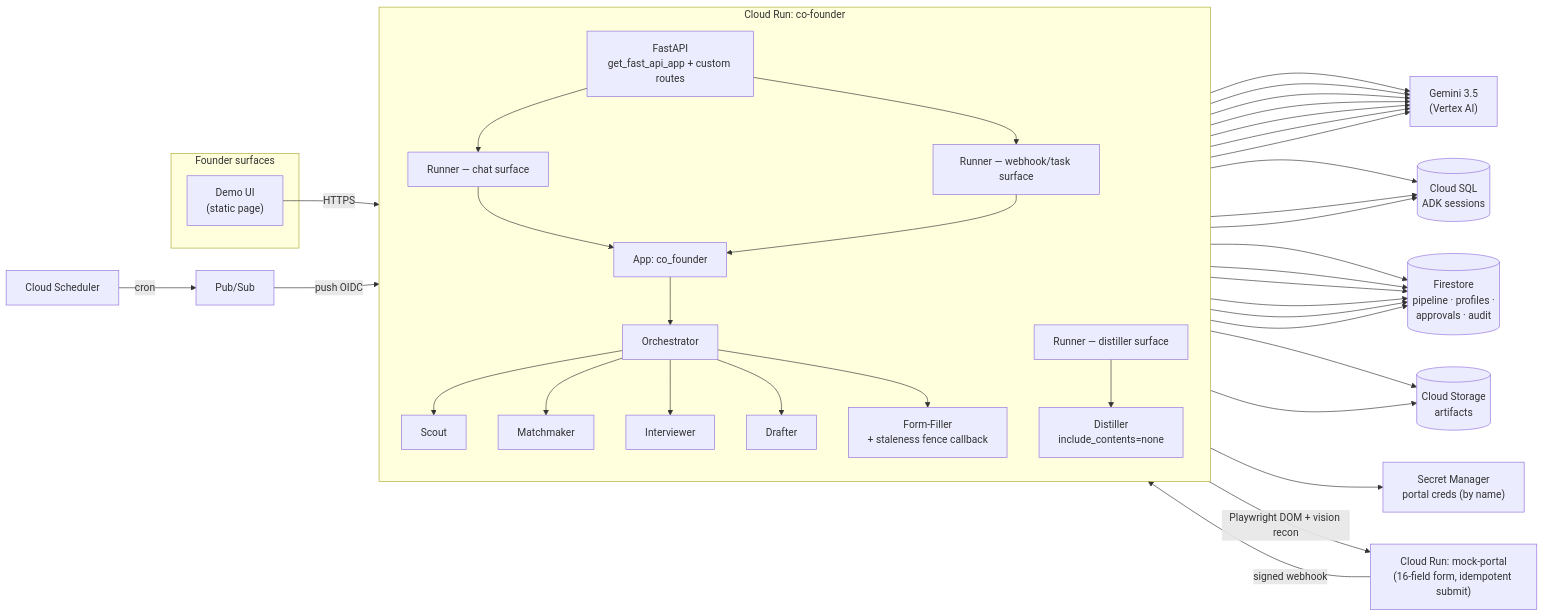
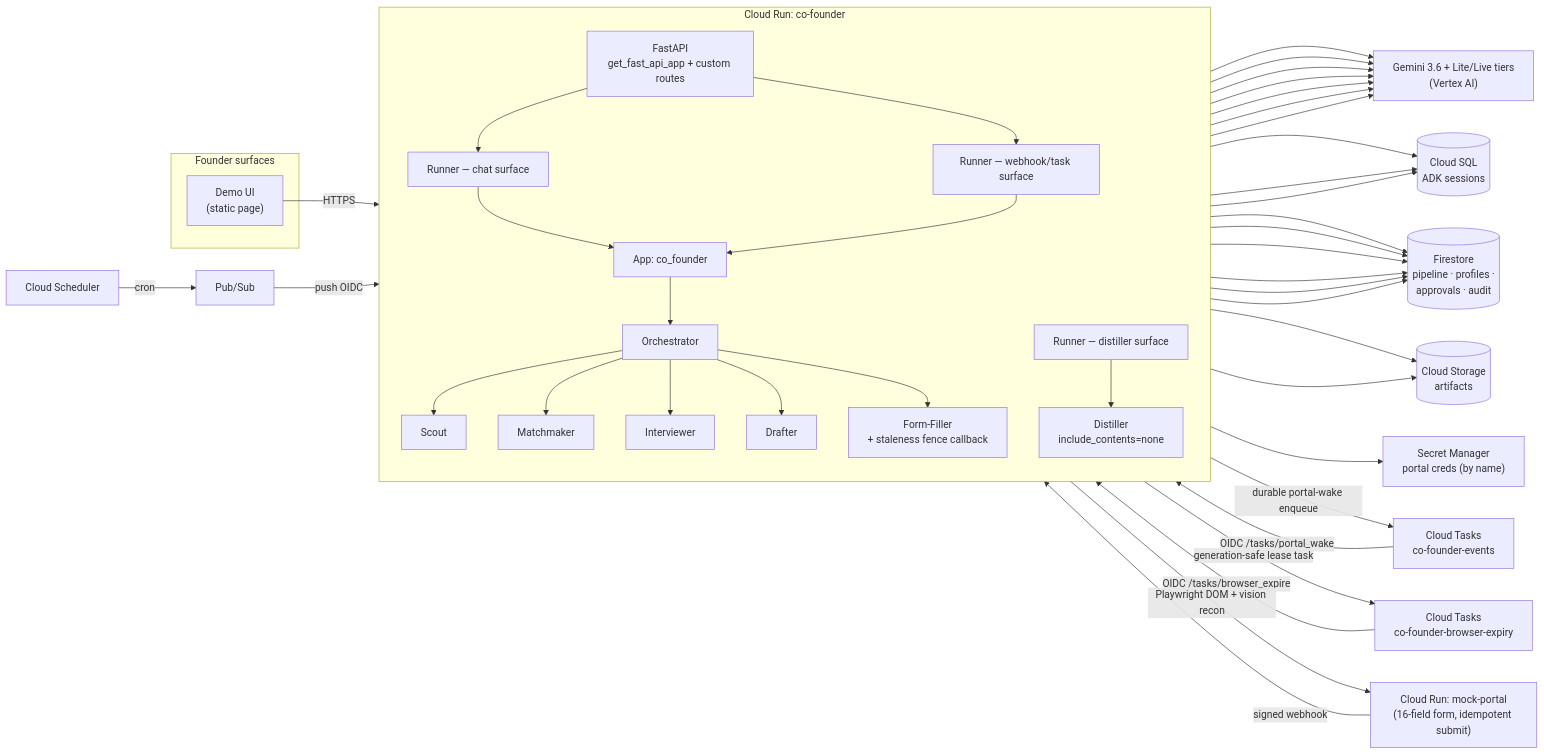
Before and after one commit to ruhu-ai/alex-co-founder: the diagram in docs/architecture-diagram.md, drawn with Mermaid. The commit also changed other lines of this file and 153 other files, not shown here.

````diff
--- a/docs/architecture-diagram.md
+++ b/docs/architecture-diagram.md
@@ -5,47 +5,53 @@
 ```mermaid
 flowchart LR
     subgraph Founder["Founder surfaces"]
         UI["Demo UI<br/>(static page)"]
     end
 
     subgraph CR["Cloud Run: co-founder"]
         direction TB
         API["FastAPI<br/>get_fast_api_app + custom routes"]
         R1["Runner — chat surface"]
         R2["Runner — webhook/task surface"]
         R3["Runner — distiller surface"]
         APP["App: co_founder"]
         ROOT["Orchestrator"]
         SCOUT["Scout"]
         MATCH["Matchmaker"]
         INTER["Interviewer"]
         DRAFT["Drafter"]
         FILL["Form-Filler<br/>+ staleness fence callback"]
         DIST["Distiller<br/>include_contents=none"]
         APP --> ROOT
         ROOT --> SCOUT & MATCH & INTER & DRAFT & FILL
         R3 --> DIST
     end
 
-    GEM["Gemini 3.5<br/>(Vertex AI)"]
+    GEM["Gemini 3.6 + Lite/Live tiers<br/>(Vertex AI)"]
     SQL[("Cloud SQL<br/>ADK sessions")]
     FS[("Firestore<br/>pipeline · profiles ·<br/>approvals · audit")]
     GCS[("Cloud Storage<br/>artifacts")]
     SM["Secret Manager<br/>portal creds (by name)"]
     SCHED["Cloud Scheduler"]
     PS["Pub/Sub"]
+    CT["Cloud Tasks<br/>co-founder-events"]
+    BXT["Cloud Tasks<br/>co-founder-browser-expiry"]
     MP["Cloud Run: mock-portal<br/>(16-field form, idempotent submit)"]
 
     UI -->|HTTPS| API
     API --> R1 & R2
     R1 & R2 --> APP
     ROOT & SCOUT & MATCH & INTER & DRAFT & FILL & DIST --> GEM
     R1 & R2 & R3 --> SQL
     SCOUT & MATCH & INTER & DRAFT & FILL & DIST --> FS
     SCOUT & FILL --> GCS
     FILL --> SM
     SCHED -->|cron| PS
     PS -->|push OIDC| API
+    API -->|durable portal-wake enqueue| CT
+    CT -->|OIDC /tasks/portal_wake| API
+    API -->|generation-safe lease task| BXT
+    BXT -->|OIDC /tasks/browser_expire| API
     FILL -->|Playwright DOM + vision recon| MP
     MP -->|signed webhook| API
 ```
````
